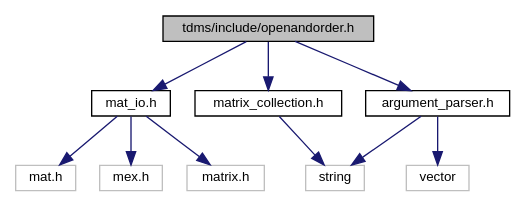
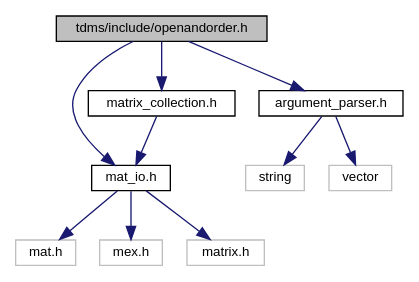
Before and after one commit to UCL/TDMS: the diagram in openandorder_8h__incl.dot, drawn with Graphviz. The commit also changed 145 other files, not shown here.

```diff
--- a/openandorder_8h__incl.dot
+++ b/openandorder_8h__incl.dot
@@ -1,24 +1,24 @@
 digraph "tdms/include/openandorder.h"
 {
  // LATEX_PDF_SIZE
   edge [fontname="Helvetica",fontsize="10",labelfontname="Helvetica",labelfontsize="10"];
   node [fontname="Helvetica",fontsize="10",shape=record];
   Node1 [label="tdms/include/openandorder.h",height=0.2,width=0.4,color="black", fillcolor="grey75", style="filled", fontcolor="black",tooltip="Launch TDMS and file IO."];
   Node1 -> Node2 [color="midnightblue",fontsize="10",style="solid",fontname="Helvetica"];
   Node2 [label="mat_io.h",height=0.2,width=0.4,color="black", fillcolor="white", style="filled",URL="$mat__io_8h.html",tooltip="Includes MATLAB headers for I/O."];
   Node2 -> Node3 [color="midnightblue",fontsize="10",style="solid",fontname="Helvetica"];
   Node3 [label="mat.h",height=0.2,width=0.4,color="grey75", fillcolor="white", style="filled",tooltip=" "];
   Node2 -> Node4 [color="midnightblue",fontsize="10",style="solid",fontname="Helvetica"];
   Node4 [label="mex.h",height=0.2,width=0.4,color="grey75", fillcolor="white", style="filled",tooltip=" "];
   Node2 -> Node5 [color="midnightblue",fontsize="10",style="solid",fontname="Helvetica"];
   Node5 [label="matrix.h",height=0.2,width=0.4,color="grey75", fillcolor="white", style="filled",tooltip=" "];
   Node1 -> Node6 [color="midnightblue",fontsize="10",style="solid",fontname="Helvetica"];
   Node6 [label="argument_parser.h",height=0.2,width=0.4,color="black", fillcolor="white", style="filled",URL="$argument__parser_8h.html",tooltip="Parse the command line options."];
   Node6 -> Node7 [color="midnightblue",fontsize="10",style="solid",fontname="Helvetica"];
   Node7 [label="string",height=0.2,width=0.4,color="grey75", fillcolor="white", style="filled",tooltip=" "];
   Node6 -> Node8 [color="midnightblue",fontsize="10",style="solid",fontname="Helvetica"];
   Node8 [label="vector",height=0.2,width=0.4,color="grey75", fillcolor="white", style="filled",tooltip=" "];
   Node1 -> Node9 [color="midnightblue",fontsize="10",style="solid",fontname="Helvetica"];
   Node9 [label="matrix_collection.h",height=0.2,width=0.4,color="black", fillcolor="white", style="filled",URL="$matrix__collection_8h.html",tooltip="A collection of named MATLAB matrices."];
-  Node9 -> Node7 [color="midnightblue",fontsize="10",style="solid",fontname="Helvetica"];
+  Node9 -> Node2 [color="midnightblue",fontsize="10",style="solid",fontname="Helvetica"];
 }
```
